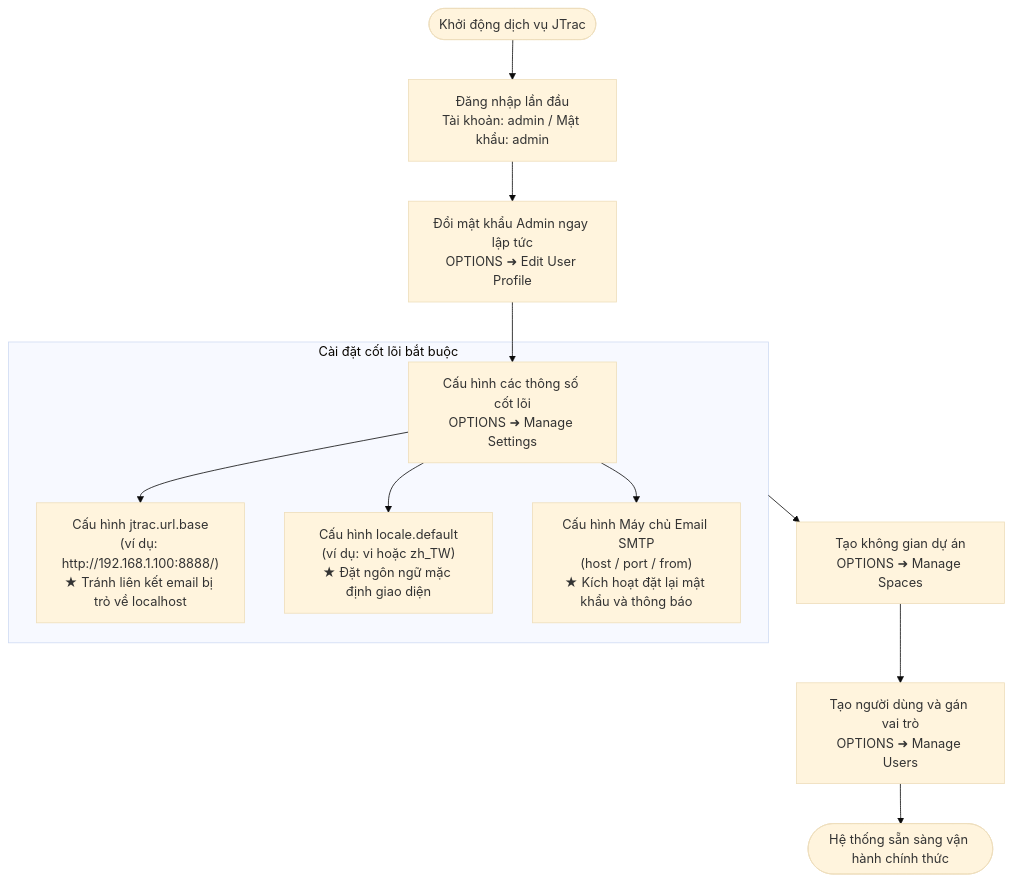
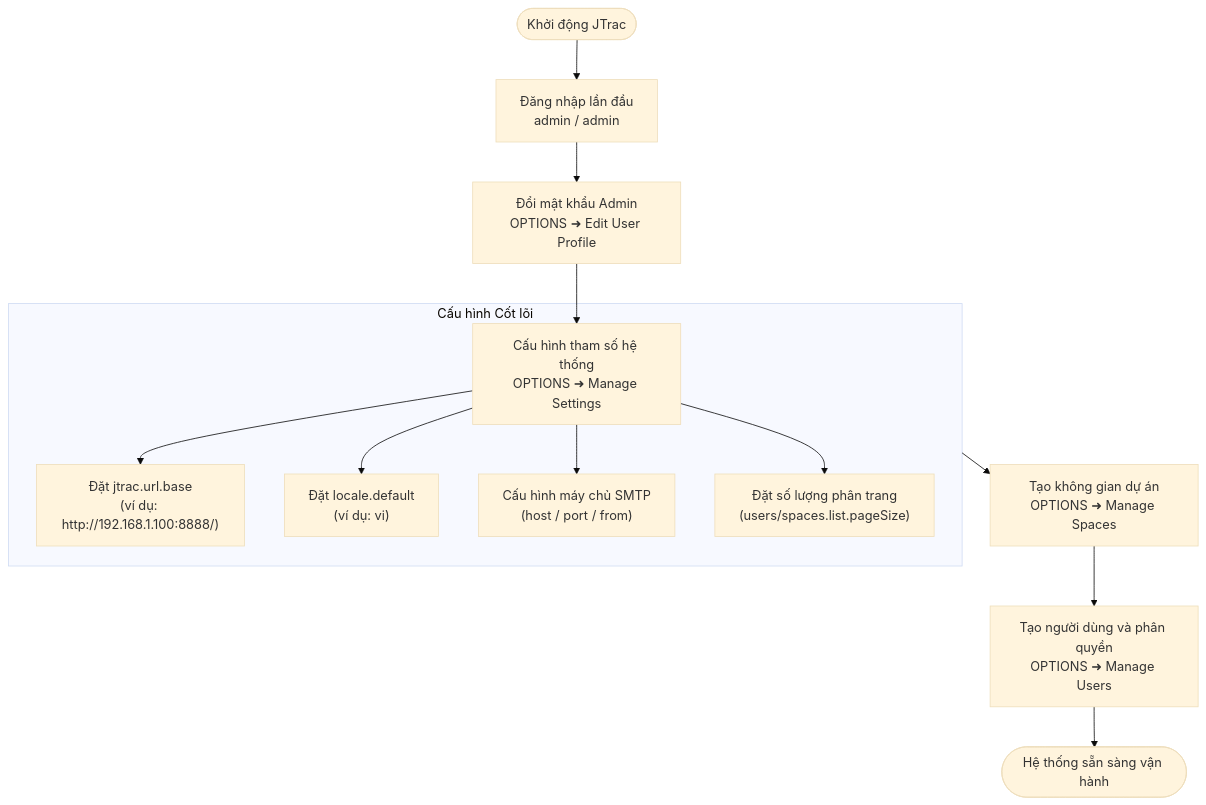
The diagram in docs/admin/ADMIN_GUIDE_vi.md (WilliamFromTW/jtrac), drawn with Mermaid (base theme) before and after one commit. The commit also changed other lines of this file and 57 other files, not shown here.

````diff
--- a/docs/admin/ADMIN_GUIDE_vi.md
+++ b/docs/admin/ADMIN_GUIDE_vi.md
@@ -84,16 +57,17 @@
 ```mermaid
 flowchart TD
-    Start([Khởi động dịch vụ JTrac]) --> Login[Đăng nhập lần đầu<br/>Tài khoản: admin / Mật khẩu: admin]
-    Login --> ChangePwd[Đổi mật khẩu Admin ngay lập tức<br/>OPTIONS ➜ Edit User Profile]
-    ChangePwd --> ConfigSettings[Cấu hình các thông số cốt lõi<br/>OPTIONS ➜ Manage Settings]
+    Start([Khởi động JTrac]) --> Login[Đăng nhập lần đầu<br/>admin / admin]
+    Login --> ChangePwd[Đổi mật khẩu Admin<br/>OPTIONS ➜ Edit User Profile]
+    ChangePwd --> ConfigSettings[Cấu hình tham số hệ thống<br/>OPTIONS ➜ Manage Settings]
     
-    subgraph CriticalSettings [Cài đặt cốt lõi bắt buộc]
-        ConfigSettings --> SetUrlBase["Cấu hình jtrac.url.base<br/>(ví dụ: http://192.168.1.100:8888/)<br/>★ Tránh liên kết email bị trỏ về localhost"]
-        ConfigSettings --> SetLocale["Cấu hình locale.default<br/>(ví dụ: vi hoặc zh_TW)<br/>★ Đặt ngôn ngữ mặc định giao diện"]
-        ConfigSettings --> SetSMTP["Cấu hình Máy chủ Email SMTP<br/>(host / port / from)<br/>★ Kích hoạt đặt lại mật khẩu và thông báo"]
+    subgraph CriticalSettings [Cấu hình Cốt lõi]
+        ConfigSettings --> SetUrlBase["Đặt jtrac.url.base<br/>(ví dụ: http://192.168.1.100:8888/)"]
+        ConfigSettings --> SetLocale["Đặt locale.default<br/>(ví dụ: vi)"]
+        ConfigSettings --> SetSMTP["Cấu hình máy chủ SMTP<br/>(host / port / from)"]
+        ConfigSettings --> SetPaging["Đặt số lượng phân trang<br/>(users/spaces.list.pageSize)"]
     end
     
     CriticalSettings --> CreateSpaces[Tạo không gian dự án<br/>OPTIONS ➜ Manage Spaces]
-    CreateSpaces --> CreateUsers[Tạo người dùng và gán vai trò<br/>OPTIONS ➜ Manage Users]
-    CreateUsers --> Finish([Hệ thống sẵn sàng vận hành chính thức])
+    CreateSpaces --> CreateUsers[Tạo người dùng và phân quyền<br/>OPTIONS ➜ Manage Users]
+    CreateUsers --> Finish([Hệ thống sẵn sàng vận hành])
 ```
````
